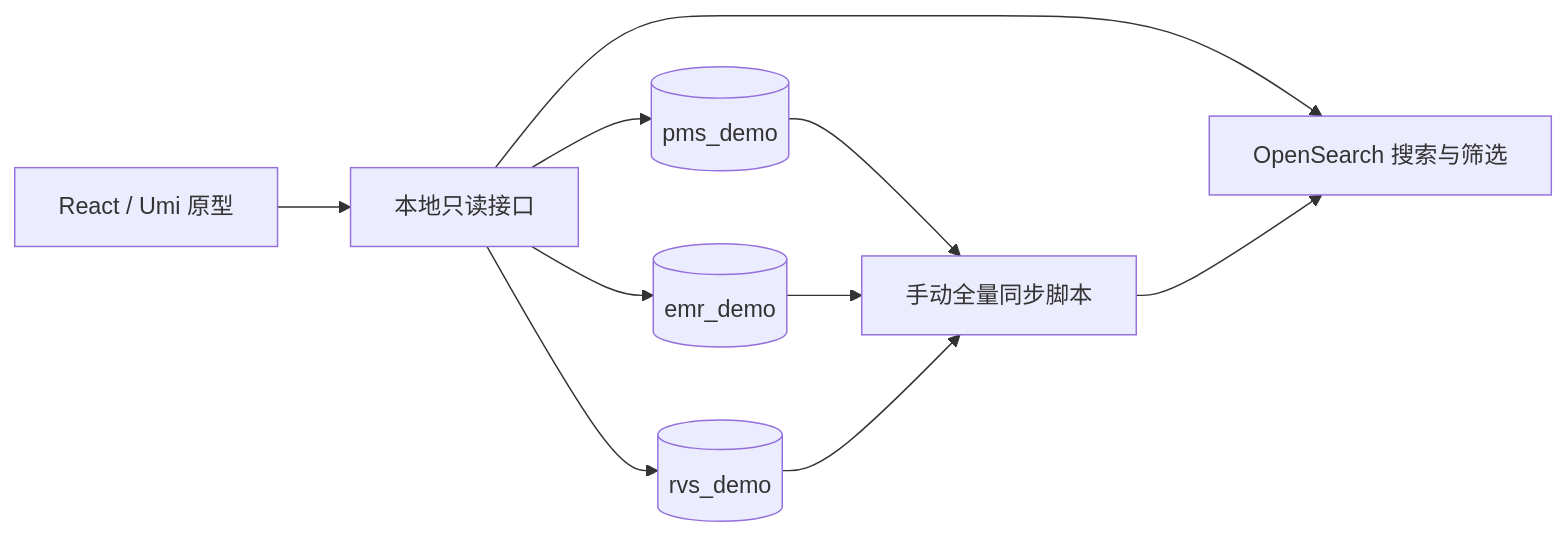
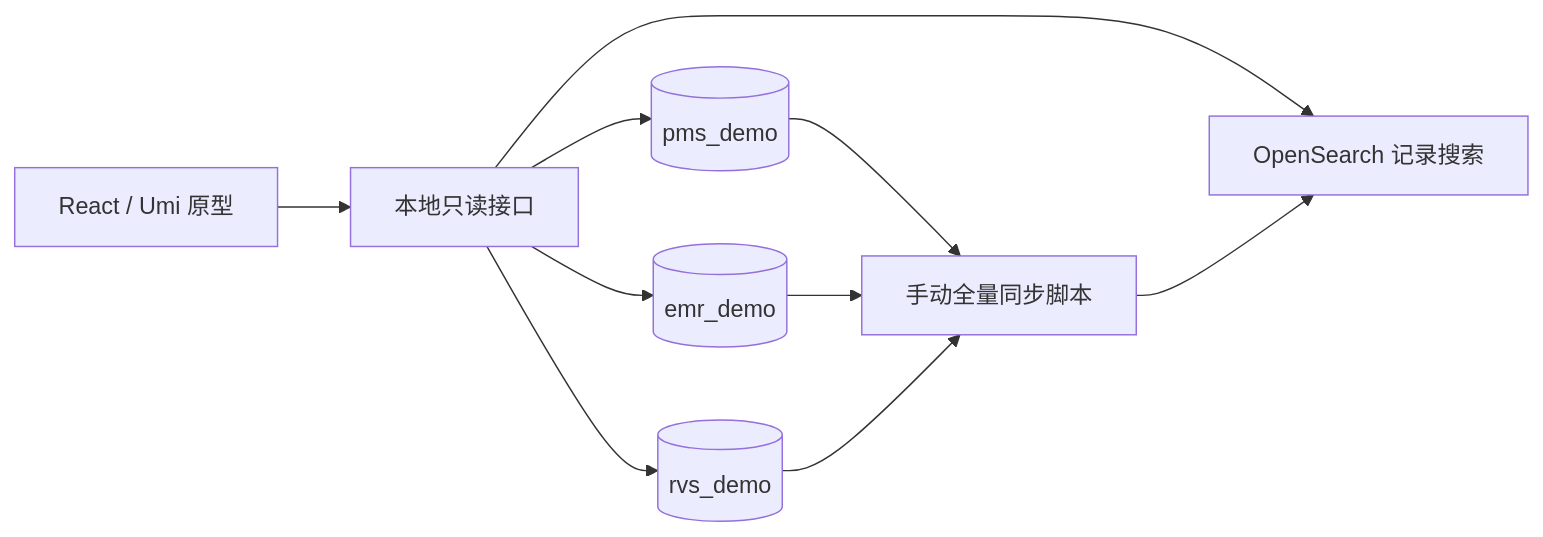
One commit to VINEtom/OpenSearch changed the diagram in docs/design.md. Above: the diagram before and after it, drawn with Mermaid. The commit also changed other lines of this file and 76 other files, not shown here.

Commit message:
feat: implement OIS OpenSearch prototype

````diff
--- a/docs/design.md
+++ b/docs/design.md
@@ -21,12 +21,12 @@
 ```mermaid
 flowchart LR
     UI[React / Umi 原型] --> API[本地只读接口]
-    API --> OS[OpenSearch 搜索与筛选]
+    API --> OS[OpenSearch 记录搜索]
     API --> PMS[(pms_demo)]
     API --> EMR[(emr_demo)]
     API --> RVS[(rvs_demo)]
     PMS --> SYNC[手动全量同步脚本]
     EMR --> SYNC
     RVS --> SYNC
     SYNC --> OS
 ```
````
